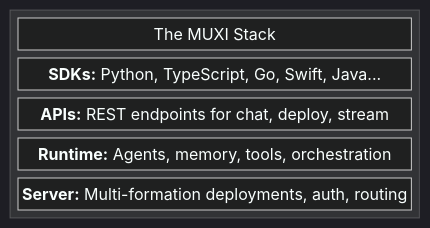
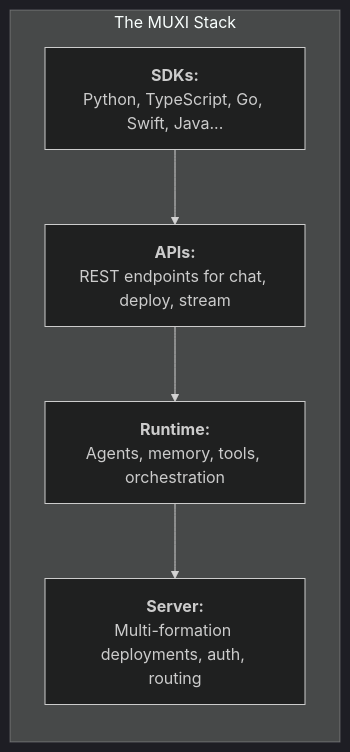
The diagram in docs/what-is-muxi.md (muxi-ai/muxi), drawn with Mermaid (dark theme) before and after one commit. The commit also changed 1 other file, not shown here.

Commit message:
docs: enhance memory system and MUXI stack diagrams for clarity and formatting

````diff
--- a/docs/what-is-muxi.md
+++ b/docs/what-is-muxi.md
@@ -21,11 +21,13 @@
 ```mermaid
-block-beta
-    block:stack
-        columns 1
-        A["The MUXI Stack"]
-        B["<b>SDKs:</b> Python, TypeScript, Go, Swift, Java..."]
-        C["<b>APIs:</b> REST endpoints for chat, deploy, stream"]
-        D["<b>Runtime:</b> Agents, memory, tools, orchestration"]
-        E["<b>Server:</b> Multi-formation deployments, auth, routing"]
+flowchart TB
+    subgraph "The MUXI Stack"
+        direction TB
+        A["<b>SDKs:</b><br>Python, TypeScript, Go, Swift, Java..."]
+        B["<b>APIs:</b><br>REST endpoints for chat, deploy, stream"]
+        C["<b>Runtime:</b><br>Agents, memory, tools, orchestration"]
+        D["<b>Server:</b><br>Multi-formation deployments, auth, routing"]
     end
+    A --> B
+    B --> C
+    C --> D
 ```
````
